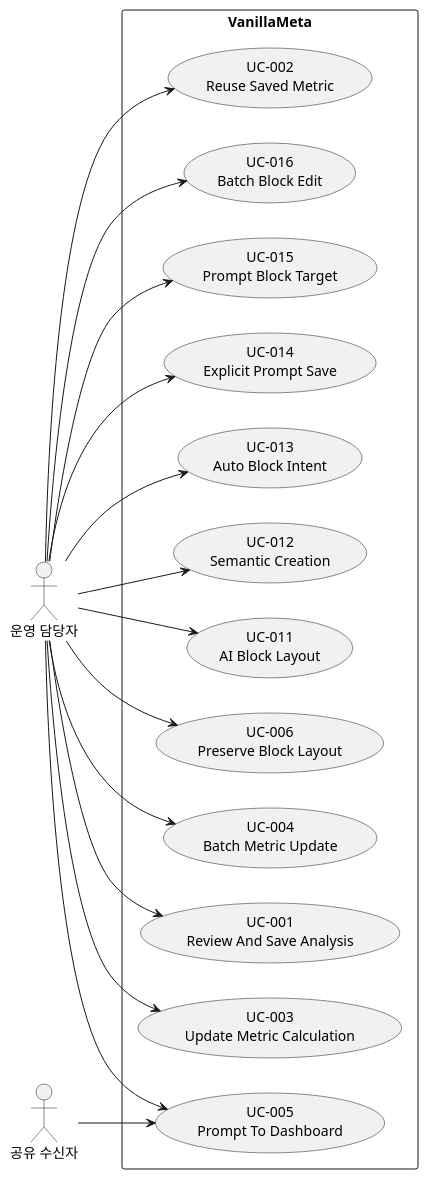
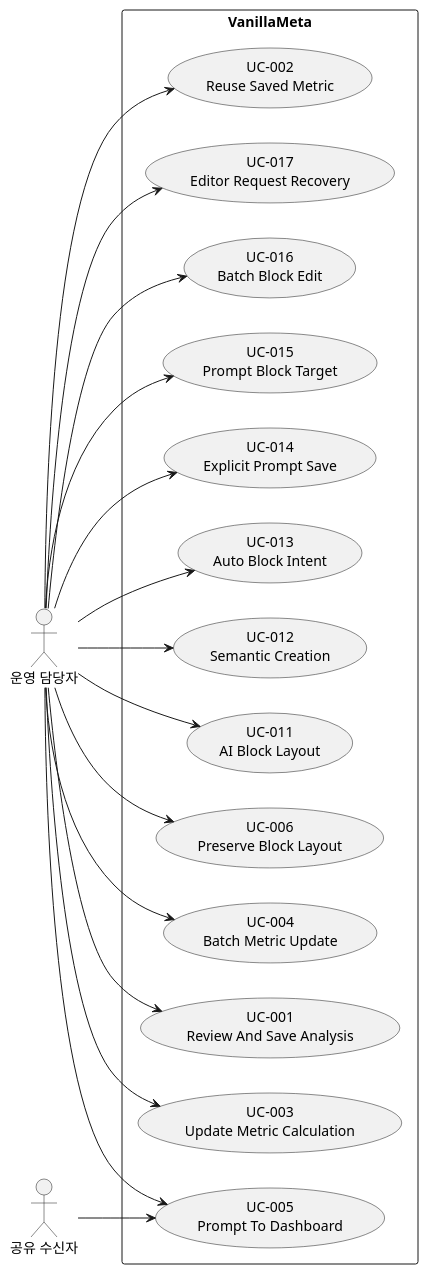
The diagram in docs/use_cases.puml (vanillabrain/vanillameta), drawn with PlantUML before and after one commit. The commit also changed 17 other files, not shown here.

```diff
--- a/docs/use_cases.puml
+++ b/docs/use_cases.puml
@@ -1,32 +1,34 @@
 @startuml
 left to right direction
 actor "운영 담당자" as operator
 rectangle "VanillaMeta" {
+ usecase "UC-017\nEditor Request Recovery" as UC017
  usecase "UC-016\nBatch Block Edit" as UC016
  usecase "UC-015\nPrompt Block Target" as UC015
  usecase "UC-014\nExplicit Prompt Save" as UC014
  usecase "UC-013\nAuto Block Intent" as UC013
  usecase "UC-012\nSemantic Creation" as UC012
  usecase "UC-011\nAI Block Layout" as UC011
  usecase "UC-006\nPreserve Block Layout" as UC006
  usecase "UC-005\nPrompt To Dashboard" as UC005
  usecase "UC-004\nBatch Metric Update" as UC004
  usecase "UC-001\nReview And Save Analysis" as UC001
  usecase "UC-003\nUpdate Metric Calculation" as UC003
  usecase "UC-002\nReuse Saved Metric" as UC002
 }
 operator --> UC015
 operator --> UC014
 operator --> UC013
 operator --> UC012
 operator --> UC011
 operator --> UC006
 operator --> UC005
 actor "공유 수신자" as recipient
 recipient --> UC005
 operator --> UC004
 operator --> UC003
 operator --> UC002
 operator --> UC001
 operator --> UC016
+operator --> UC017
 @enduml
```
